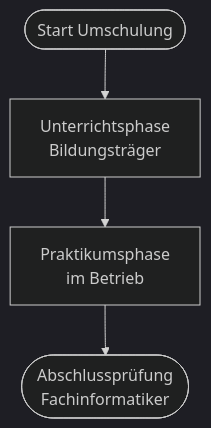
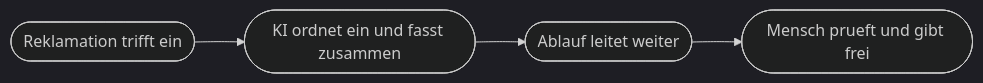
The third of 3 diagrams in docs/content/kapitel1.md (Qualidy/KI-Engineering-KI-Agenten-und-Workflow-Automatisierung), drawn with Mermaid (dark theme) before and after one commit. The commit also changed other lines of this file and 297 other files, not shown here.

````diff
--- a/docs/content/kapitel1.md
+++ b/docs/content/kapitel1.md
@@ -81,6 +186,6 @@
 ```mermaid
-flowchart TD
-    A([Start Umschulung]) --> B[Unterrichtsphase\nBildungsträger]
-    B --> C[Praktikumsphase\nim Betrieb]
-    C --> D([Abschlussprüfung\nFachinformatiker])
+flowchart LR
+    A([Reklamation trifft ein]) --> B([KI ordnet ein und fasst zusammen])
+    B --> C([Ablauf leitet weiter])
+    C --> D([Mensch prueft und gibt frei])
 ```
````
